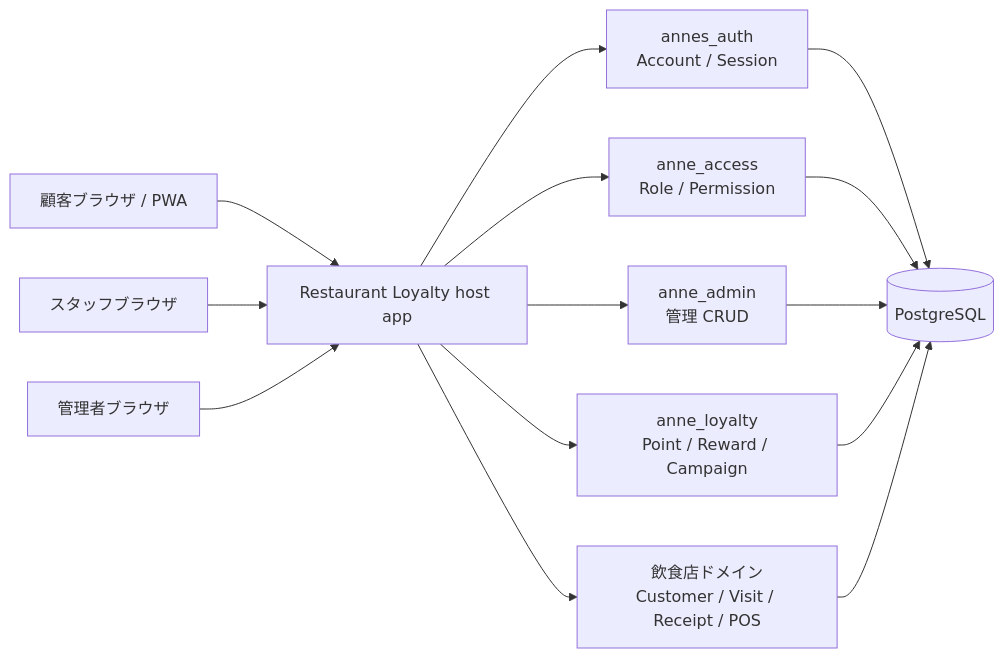
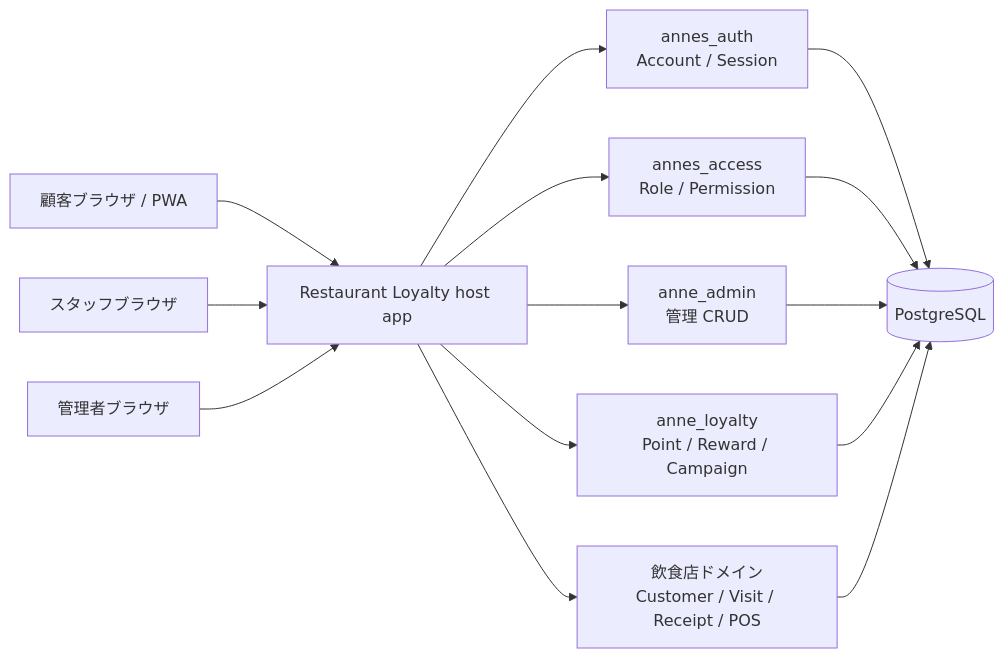
Before and after one commit to quartet-labo/annes_engine: the first of 2 diagrams in examples/restaurant_loyalty/docs/technical_concept.md, drawn with Mermaid. The commit also changed other lines of this file and 171 other files, not shown here.

Commit message:
refactor(access): rename package and namespace to AnnesAccess

````diff
--- a/examples/restaurant_loyalty/docs/technical_concept.md
+++ b/examples/restaurant_loyalty/docs/technical_concept.md
@@ -65,19 +65,19 @@
 ```mermaid
 flowchart LR
     Customer["顧客ブラウザ / PWA"] --> Host["Restaurant Loyalty host app"]
     Staff["スタッフブラウザ"] --> Host
     Admin["管理者ブラウザ"] --> Host
 
     Host --> Auth["annes_auth\nAccount / Session"]
-    Host --> Access["anne_access\nRole / Permission"]
+    Host --> Access["annes_access\nRole / Permission"]
     Host --> AdminEngine["anne_admin\n管理 CRUD"]
     Host --> Loyalty["anne_loyalty\nPoint / Reward / Campaign"]
 
     Host --> Domain["飲食店ドメイン\nCustomer / Visit / Receipt / POS"]
 
     Auth --> DB[(PostgreSQL)]
     Access --> DB
     AdminEngine --> DB
     Loyalty --> DB
     Domain --> DB
 ```
````
